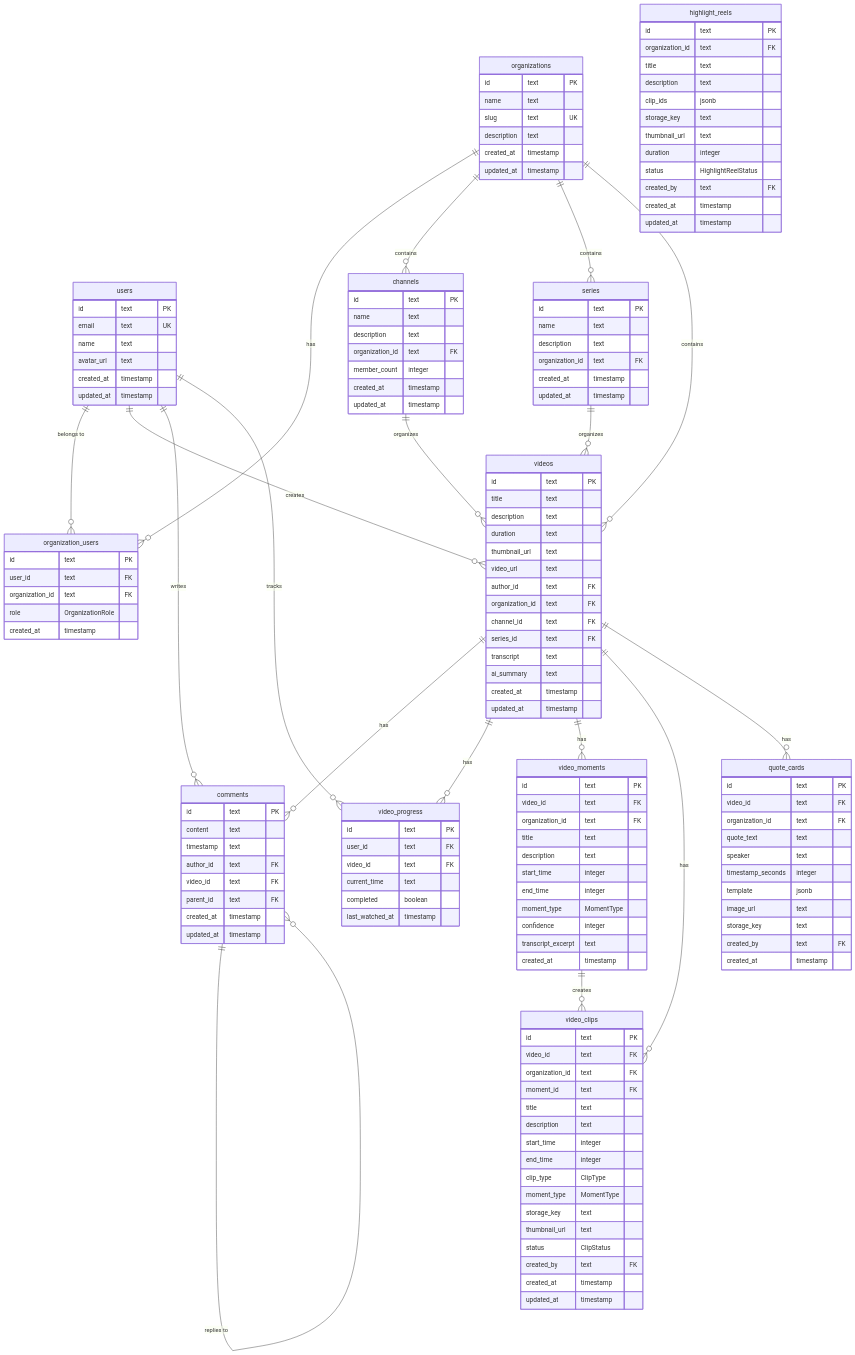
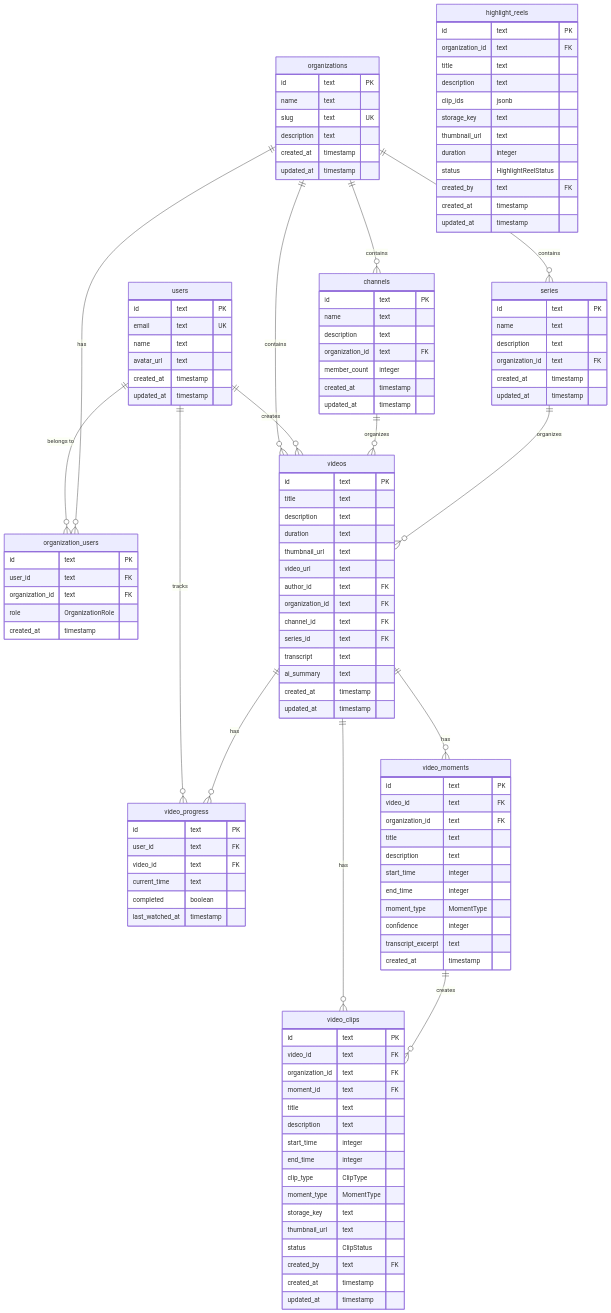
Before and after one commit to nuclom/nuclom: the diagram in docs/internal/architecture/database.md, drawn with Mermaid. The commit also changed other lines of this file and 8 other files, not shown here.

````diff
--- a/docs/internal/architecture/database.md
+++ b/docs/internal/architecture/database.md
@@ -120,17 +119,6 @@
         updated_at timestamp
     }
 
-    comments {
-        id text PK
-        content text
-        timestamp text
-        author_id text FK
-        video_id text FK
-        parent_id text FK
-        created_at timestamp
-        updated_at timestamp
-    }
-
     video_progress {
         id text PK
         user_id text FK
@@ -146,17 +134,13 @@
     organizations ||--o{ series : "contains"
     organizations ||--o{ videos : "contains"
     users ||--o{ videos : "creates"
-    users ||--o{ comments : "writes"
     users ||--o{ video_progress : "tracks"
-    videos ||--o{ comments : "has"
     videos ||--o{ video_progress : "has"
     videos ||--o{ video_moments : "has"
     videos ||--o{ video_clips : "has"
-    videos ||--o{ quote_cards : "has"
     video_moments ||--o{ video_clips : "creates"
     channels ||--o{ videos : "organizes"
     series ||--o{ videos : "organizes"
-    comments ||--o{ comments : "replies to"
 
     video_moments {
         id text PK
@@ -205,18 +189,4 @@
         created_at timestamp
         updated_at timestamp
     }
-
-    quote_cards {
-        id text PK
-        video_id text FK
-        organization_id text FK
-        quote_text text
-        speaker text
-        timestamp_seconds integer
-        template jsonb
-        image_url text
-        storage_key text
-        created_by text FK
-        created_at timestamp
-    }
 ```
````
